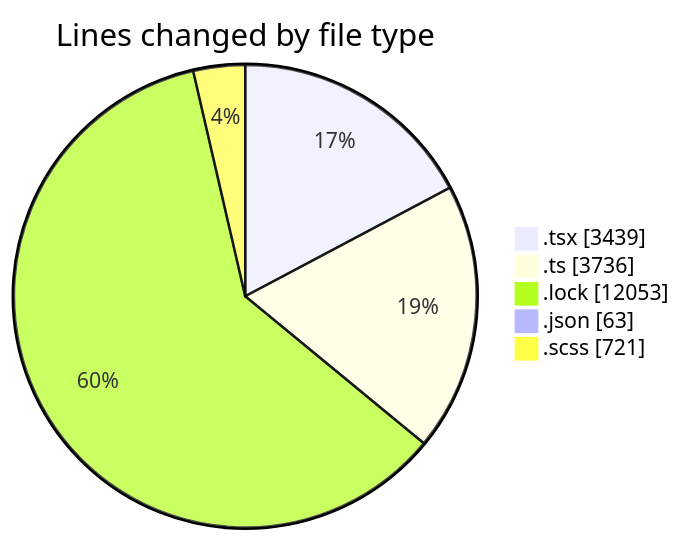
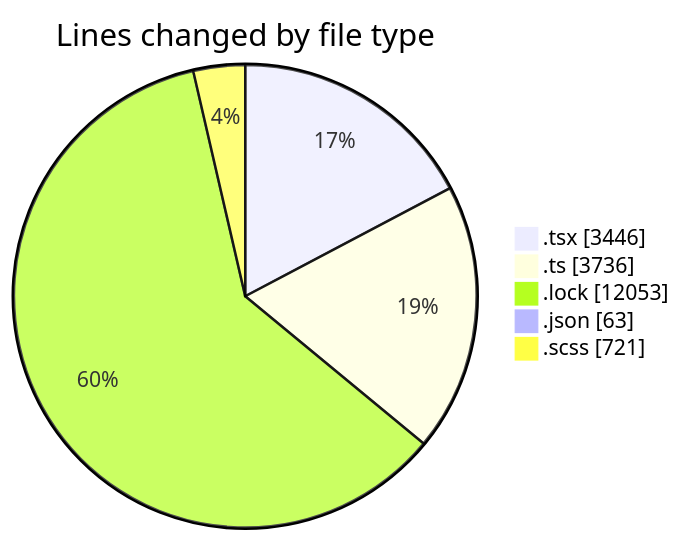
One commit to momahboobian/code-tracking changed the first of 2 diagrams in 2025-12-03/cda/README.md. Above: the diagram before and after it, drawn with Mermaid. The commit also changed other lines of this file and 1 other file, not shown here.

````diff
--- a/2025-12-03/cda/README.md
+++ b/2025-12-03/cda/README.md
@@ -32,9 +32,9 @@
 ```mermaid
 pie showData
 title Lines changed by file type
-".tsx" : 3439
+".tsx" : 3446
 ".ts" : 3736
 ".lock" : 12053
 ".json" : 63
 ".scss" : 721
 ```
````
